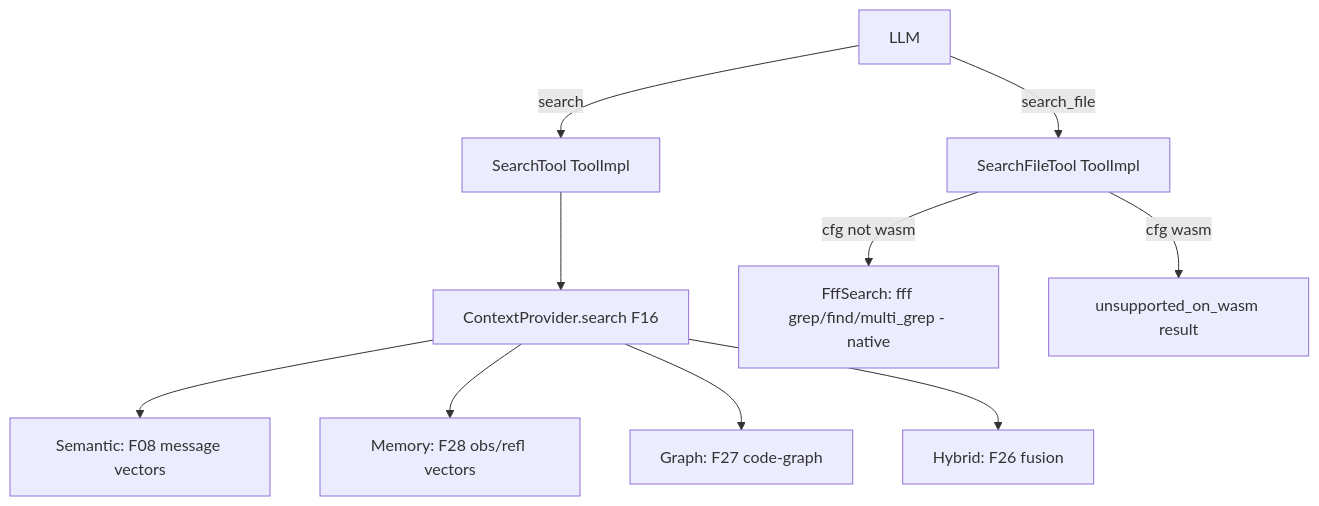
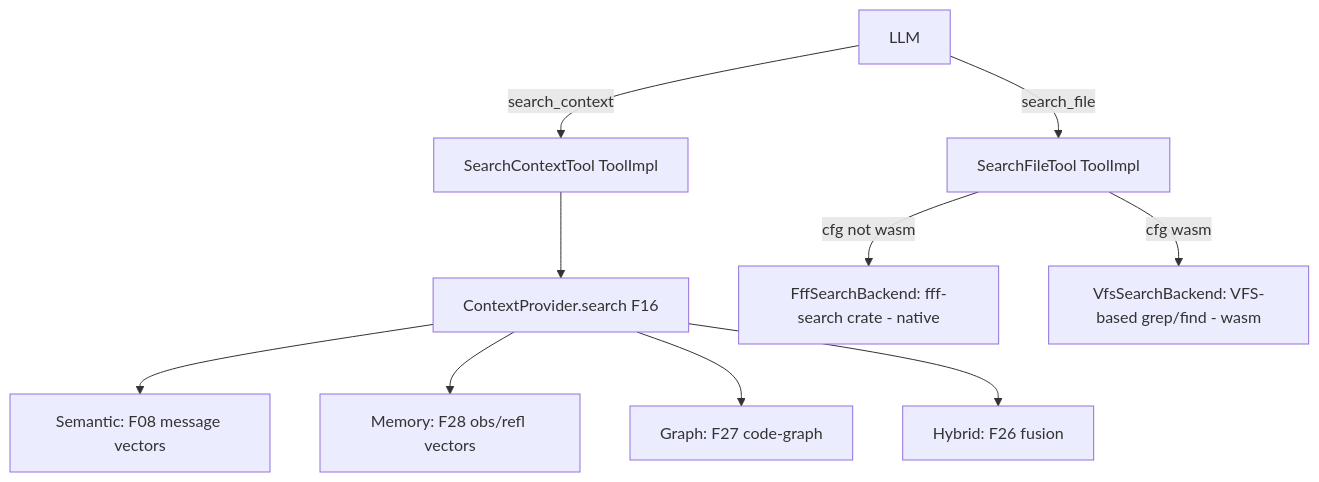
One commit to ewe-studios/ewe_platform changed the diagram in specifications/36-agentic-api/features/32-search-tools/feature.md. Above: the diagram before and after it, drawn with Mermaid. The commit also changed other lines of this file and 746 other files, not shown here.

````diff
--- a/specifications/36-agentic-api/features/32-search-tools/feature.md
+++ b/specifications/36-agentic-api/features/32-search-tools/feature.md
@@ -137,12 +131,12 @@
 ```mermaid
 graph TD
-    LLM -->|search| ST[SearchTool ToolImpl]
+    LLM -->|search_context| ST[SearchContextTool ToolImpl]
     LLM -->|search_file| SFT[SearchFileTool ToolImpl]
     ST --> CTX[ContextProvider.search F16]
     CTX --> SEM[Semantic: F08 message vectors]
     CTX --> MEM[Memory: F28 obs/refl vectors]
     CTX --> GR[Graph: F27 code-graph]
     CTX --> HY[Hybrid: F26 fusion]
-    SFT -->|cfg not wasm| FFF[FffSearch: fff grep/find/multi_grep - native]
-    SFT -->|cfg wasm| UNS[unsupported_on_wasm result]
+    SFT -->|cfg not wasm| FFF[FffSearchBackend: fff-search crate - native]
+    SFT -->|cfg wasm| VFS[VfsSearchBackend: VFS-based grep/find - wasm]
 ```
````
